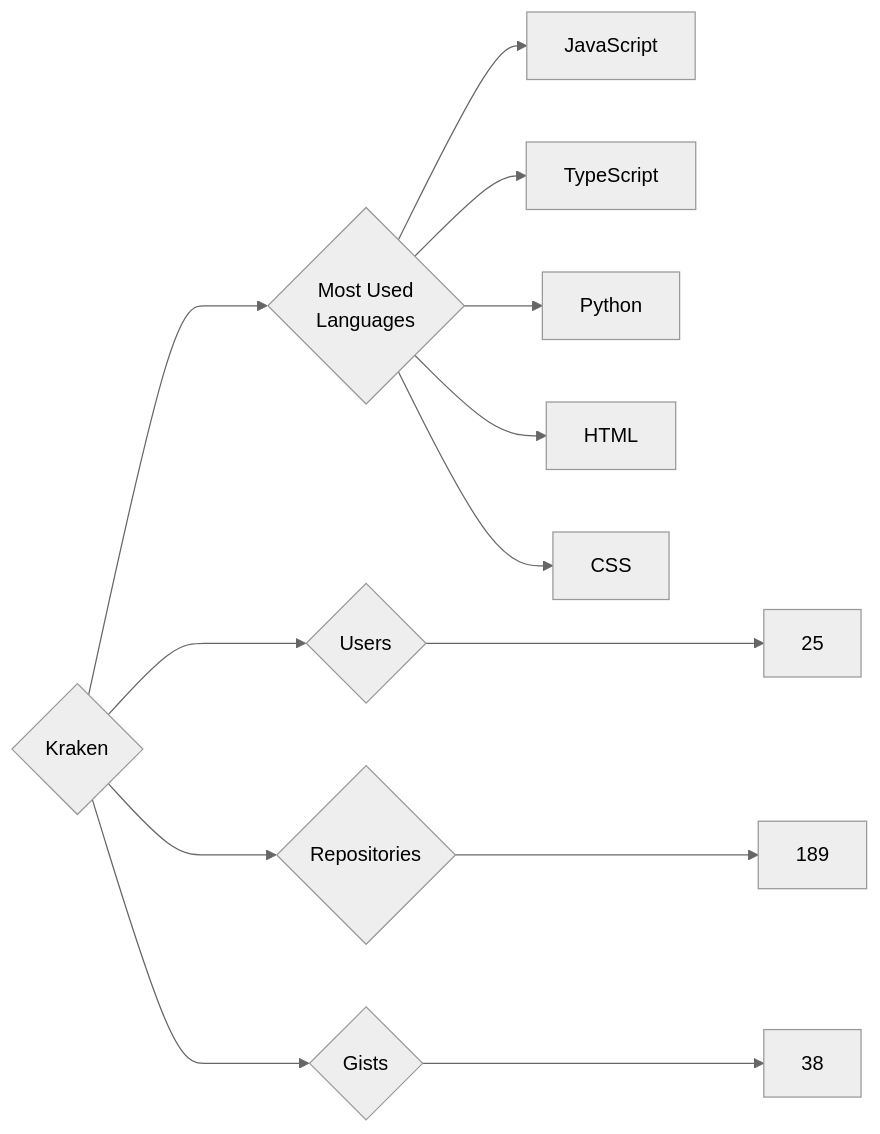
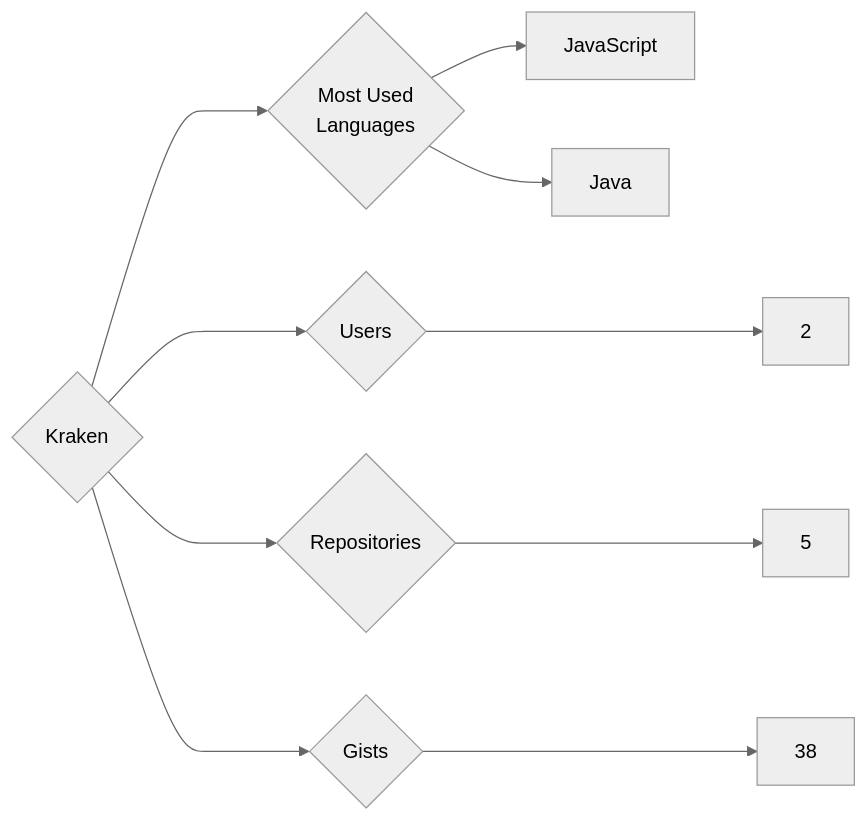
One commit to trickest/insiders changed the diagram in targets/Kraken/README.md. Above: the diagram before and after it, drawn with Mermaid (neutral theme). The commit also changed 676 other files, not shown here.

````diff
--- a/targets/Kraken/README.md
+++ b/targets/Kraken/README.md
@@ -3,13 +3,10 @@
 ```mermaid
 graph LR
 COMPANY_NAME{Kraken}
-COMPANY_NAME ---> U{Users} ---> UN[25]
-COMPANY_NAME ---> R{Repositories} ---> RN[189]
+COMPANY_NAME ---> U{Users} ---> UN[2]
+COMPANY_NAME ---> R{Repositories} ---> RN[5]
 COMPANY_NAME ---> G{Gists} ---> GN[38]
 COMPANY_NAME ---> ML{Most Used<br>Languages}
 ML --> JavaScript[JavaScript]
-ML --> TypeScript[TypeScript]
-ML --> Python[Python]
-ML --> HTML[HTML]
-ML --> CSS[CSS]
+ML --> Java[Java]
 ```
````
